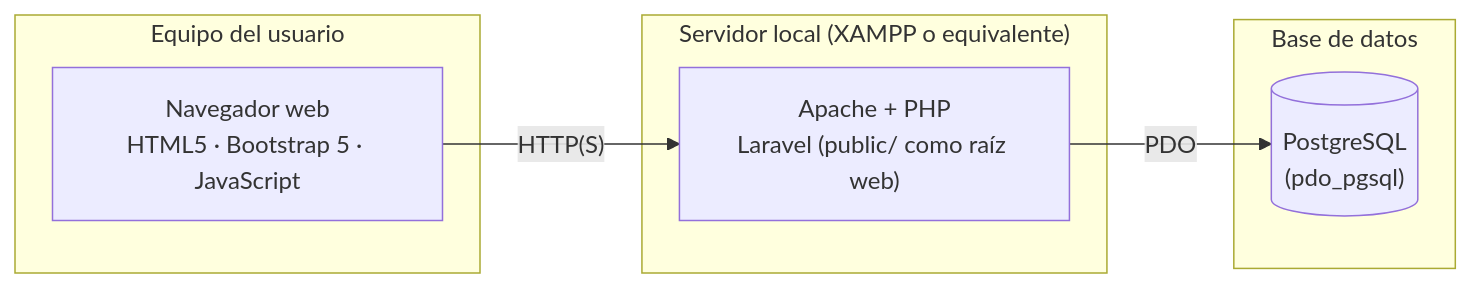
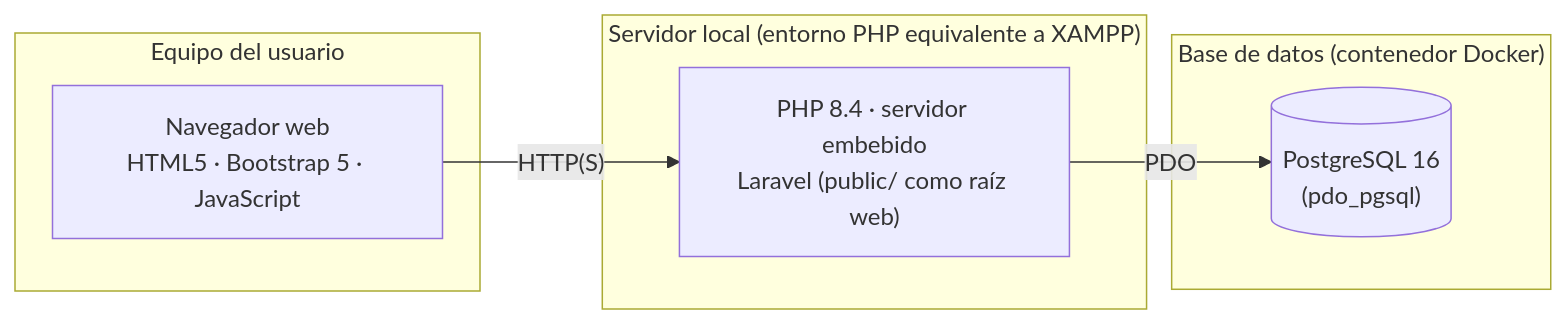
One commit to Einarpd26/2do-examen-ing-requisitos changed the tenth of 15 diagrams in documento/Informe-Final.md. Above: the diagram before and after it, drawn with Mermaid. The commit also changed other lines of this file, not shown here.

````diff
--- a/documento/Informe-Final.md
+++ b/documento/Informe-Final.md
@@ -905,14 +994,14 @@
 ```mermaid
 flowchart LR
     subgraph Cliente["Equipo del usuario"]
         N["Navegador web\nHTML5 · Bootstrap 5 · JavaScript"]
     end
-    subgraph Servidor["Servidor local (XAMPP o equivalente)"]
-        A["Apache + PHP\nLaravel (public/ como raíz web)"]
+    subgraph Servidor["Servidor local (entorno PHP equivalente a XAMPP)"]
+        A["PHP 8.4 · servidor embebido\nLaravel (public/ como raíz web)"]
     end
-    subgraph BD["Base de datos"]
-        P[("PostgreSQL\n(pdo_pgsql)")]
+    subgraph BD["Base de datos (contenedor Docker)"]
+        P[("PostgreSQL 16\n(pdo_pgsql)")]
     end
     N -- "HTTP(S)" --> A
     A -- "PDO" --> P
 ```
````
